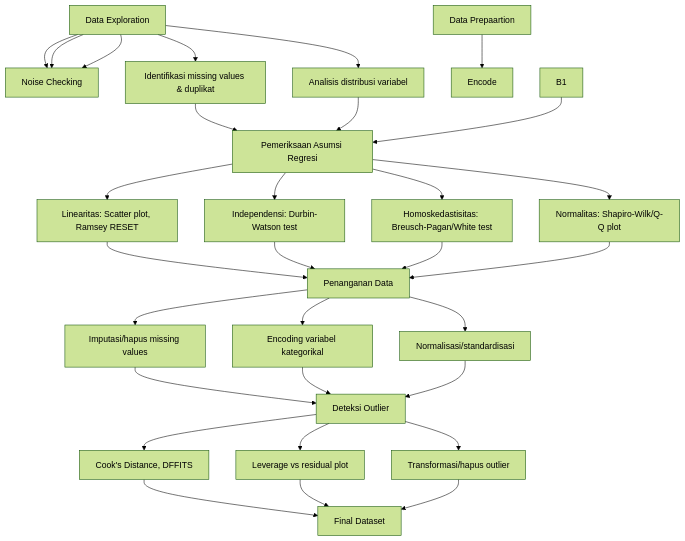
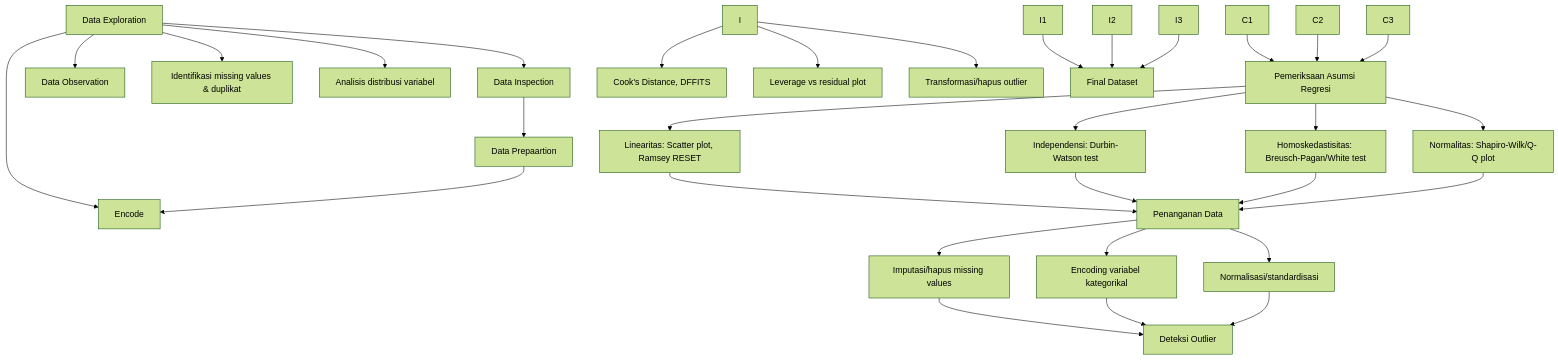
Before and after one commit to AkbarArsanata/Analisis-Freelancer: the first of 3 diagrams in README.md, drawn with Mermaid (forest theme).

````diff
--- a/README.md
+++ b/README.md
@@ -82,40 +82,41 @@
 ```mermaid
 graph TD
     A[Data Exploration] --> A1[Data Inspection]
-    A --> A1[Data Observation]
-    A --> A1[Noise Checking]
-    A2[Data Prepaartion] --> A3[Encode]
+    A --> A2[Data Observation]
+    A --> A3[Noise Checking]
+    A1 --> B
+    B[Data Prepaartion] --> A3[Encode]
     A --> B2[Identifikasi missing values & duplikat]
     A --> B3[Analisis distribusi variabel]
     
-    B1 --> C[Pemeriksaan Asumsi Regresi]
-    B2 --> C
-    B3 --> C
+    C1 --> D[Pemeriksaan Asumsi Regresi]
+    C2 --> D
+    C3 --> D
     
-    C --> D1[Linearitas: Scatter plot, Ramsey RESET]
-    C --> D2[Independensi: Durbin-Watson test]
-    C --> D3[Homoskedastisitas: Breusch-Pagan/White test]
-    C --> D4[Normalitas: Shapiro-Wilk/Q-Q plot]
+    D --> E1[Linearitas: Scatter plot, Ramsey RESET]
+    D --> E2[Independensi: Durbin-Watson test]
+    D --> E3[Homoskedastisitas: Breusch-Pagan/White test]
+    D --> E4[Normalitas: Shapiro-Wilk/Q-Q plot]
     
-    D1 --> E[Penanganan Data]
-    D2 --> E
-    D3 --> E
-    D4 --> E
+    E1 --> F[Penanganan Data]
+    E2 --> F
+    E3 --> F
+    E4 --> F
     
-    E --> F1[Imputasi/hapus missing values]
-    E --> F2[Encoding variabel kategorikal]
-    E --> F3[Normalisasi/standardisasi]
+    F --> G1[Imputasi/hapus missing values]
+    F --> G2[Encoding variabel kategorikal]
+    F --> G3[Normalisasi/standardisasi]
     
-    F1 --> G[Deteksi Outlier]
-    F2 --> G
-    F3 --> G
+    G1 --> H[Deteksi Outlier]
+    G2 --> H
+    G3 --> H
     
-    G --> H1[Cook's Distance, DFFITS]
-    G --> H2[Leverage vs residual plot]
-    G --> H3[Transformasi/hapus outlier]
+    I --> J1[Cook's Distance, DFFITS]
+    I --> J2[Leverage vs residual plot]
+    I --> J3[Transformasi/hapus outlier]
     
-    H1 --> I[Final Dataset]
-    H2 --> I
-    H3 --> I
+    I1 --> J[Final Dataset]
+    I2 --> J
+    I3 --> J
 
 ```
````
